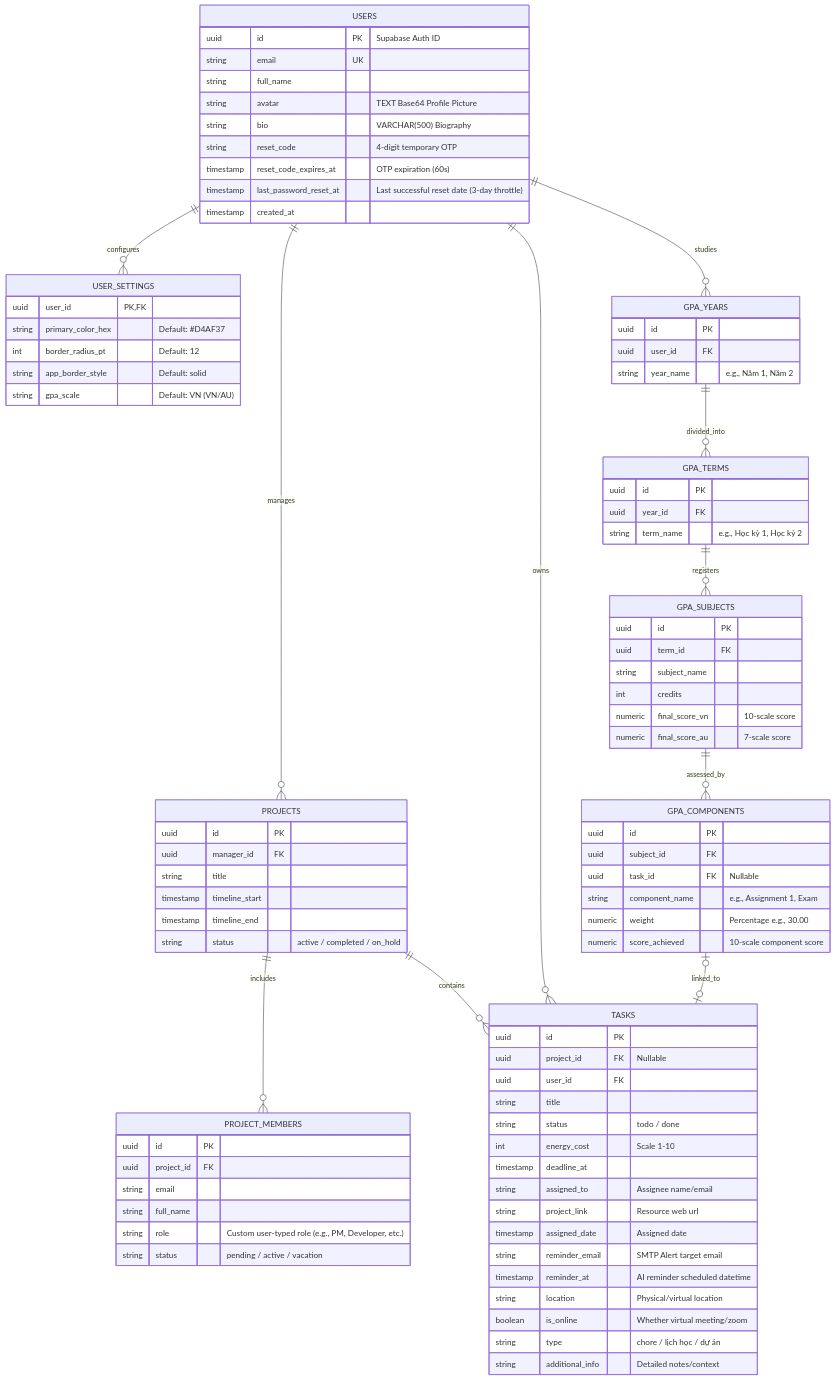
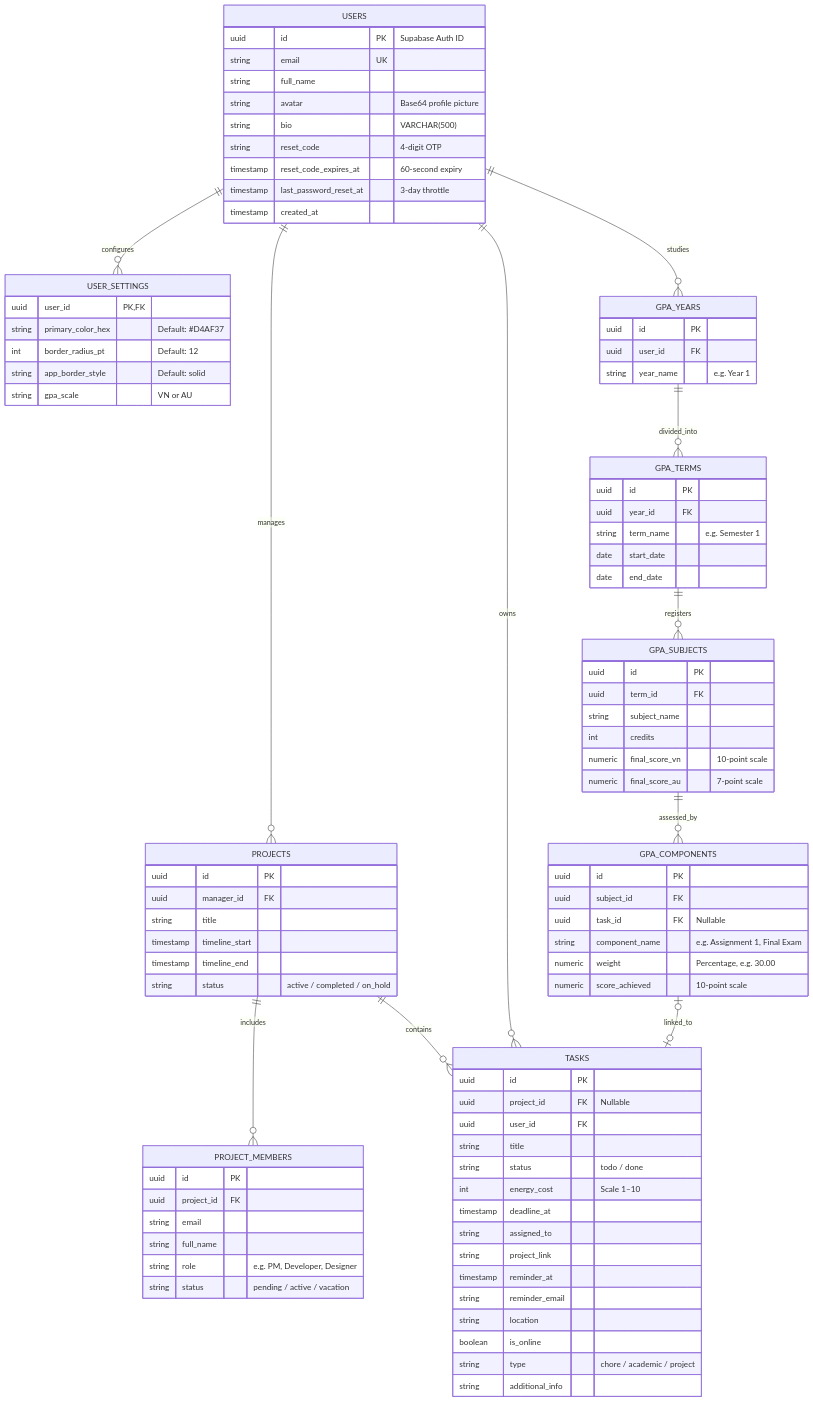
One commit to BennedictQuanTon/YourAI changed the second of 7 diagrams in README.md. Above: the diagram before and after it, drawn with Mermaid. The commit also changed other lines of this file and 1 other file, not shown here.

````diff
--- a/README.md
+++ b/README.md
@@ -85,11 +115,11 @@
         uuid id PK "Supabase Auth ID"
         string email UK
         string full_name
-        string avatar "TEXT Base64 Profile Picture"
-        string bio "VARCHAR(500) Biography"
-        string reset_code "4-digit temporary OTP"
-        timestamp reset_code_expires_at "OTP expiration (60s)"
-        timestamp last_password_reset_at "Last successful reset date (3-day throttle)"
+        string avatar "Base64 profile picture"
+        string bio "VARCHAR(500)"
+        string reset_code "4-digit OTP"
+        timestamp reset_code_expires_at "60-second expiry"
+        timestamp last_password_reset_at "3-day throttle"
         timestamp created_at
     }
     USER_SETTINGS {
@@ -97,7 +127,7 @@
         string primary_color_hex "Default: #D4AF37"
         int border_radius_pt "Default: 12"
         string app_border_style "Default: solid"
-        string gpa_scale "Default: VN (VN/AU)"
+        string gpa_scale "VN or AU"
     }
     PROJECTS {
         uuid id PK
@@ -112,7 +142,7 @@
         uuid project_id FK
         string email
         string full_name
-        string role "Custom user-typed role (e.g., PM, Developer, etc.)"
+        string role "e.g. PM, Developer, Designer"
         string status "pending / active / vacation"
     }
     TASKS {
@@ -121,42 +151,43 @@
         uuid user_id FK
         string title
         string status "todo / done"
-        int energy_cost "Scale 1-10"
+        int energy_cost "Scale 1–10"
         timestamp deadline_at
-        string assigned_to "Assignee name/email"
-        string project_link "Resource web url"
-        timestamp assigned_date "Assigned date"
-        string reminder_email "SMTP Alert target email"
-        timestamp reminder_at "AI reminder scheduled datetime"
-        string location "Physical/virtual location"
-        boolean is_online "Whether virtual meeting/zoom"
-        string type "chore / lịch học / dự án"
-        string additional_info "Detailed notes/context"
+        string assigned_to
+        string project_link
+        timestamp reminder_at
+        string reminder_email
+        string location
+        boolean is_online
+        string type "chore / academic / project"
+        string additional_info
     }
     GPA_YEARS {
         uuid id PK
         uuid user_id FK
-        string year_name "e.g., Năm 1, Năm 2"
+        string year_name "e.g. Year 1"
     }
     GPA_TERMS {
         uuid id PK
         uuid year_id FK
-        string term_name "e.g., Học kỳ 1, Học kỳ 2"
+        string term_name "e.g. Semester 1"
+        date start_date
+        date end_date
     }
     GPA_SUBJECTS {
         uuid id PK
         uuid term_id FK
         string subject_name
         int credits
-        numeric final_score_vn "10-scale score"
-        numeric final_score_au "7-scale score"
+        numeric final_score_vn "10-point scale"
+        numeric final_score_au "7-point scale"
     }
     GPA_COMPONENTS {
         uuid id PK
         uuid subject_id FK
         uuid task_id FK "Nullable"
-        string component_name "e.g., Assignment 1, Exam"
-        numeric weight "Percentage e.g., 30.00"
-        numeric score_achieved "10-scale component score"
+        string component_name "e.g. Assignment 1, Final Exam"
+        numeric weight "Percentage, e.g. 30.00"
+        numeric score_achieved "10-point scale"
     }
 ```
````
